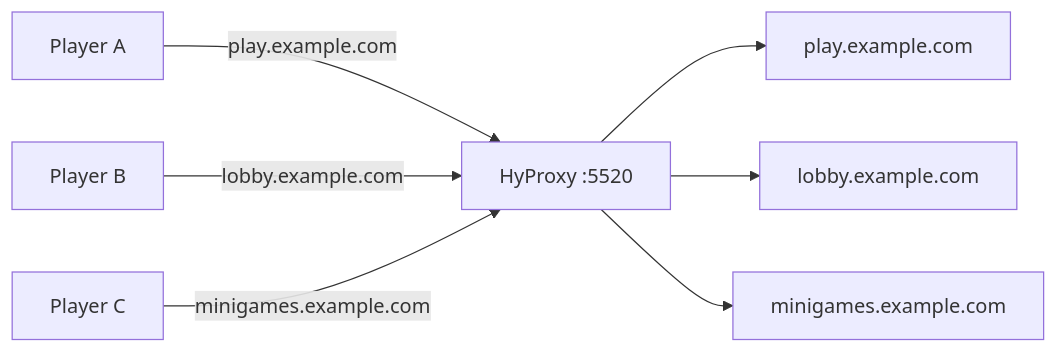
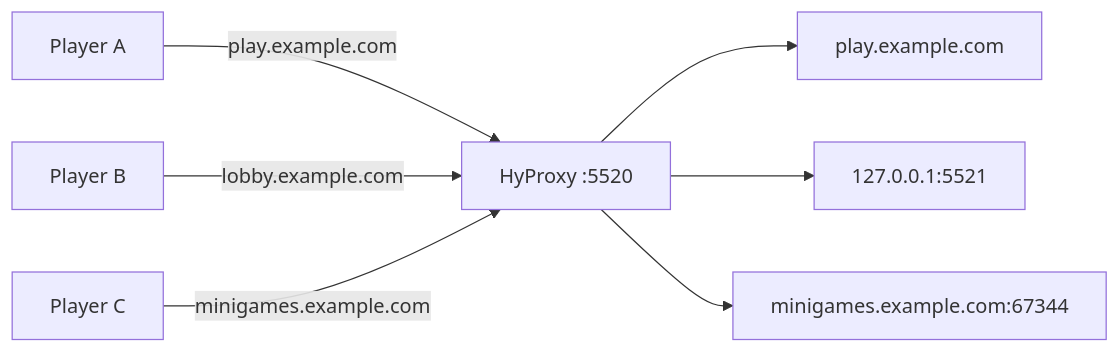
Before and after one commit to HyBuild-net/quic-relay: the diagram in README.md, drawn with Mermaid.

````diff
--- a/README.md
+++ b/README.md
@@ -13,6 +13,6 @@
 ```mermaid
 flowchart LR
     A[Player A] -->|play.example.com| P[HyProxy :5520] --> S1[play.example.com]
-    B[Player B] -->|lobby.example.com| P --> S2[lobby.example.com]
-    C[Player C] -->|minigames.example.com| P --> S3[minigames.example.com]
+    B[Player B] -->|lobby.example.com| P --> S2[127.0.0.1:5521]
+    C[Player C] -->|minigames.example.com| P --> S3[minigames.example.com:67344]
 ```
````
